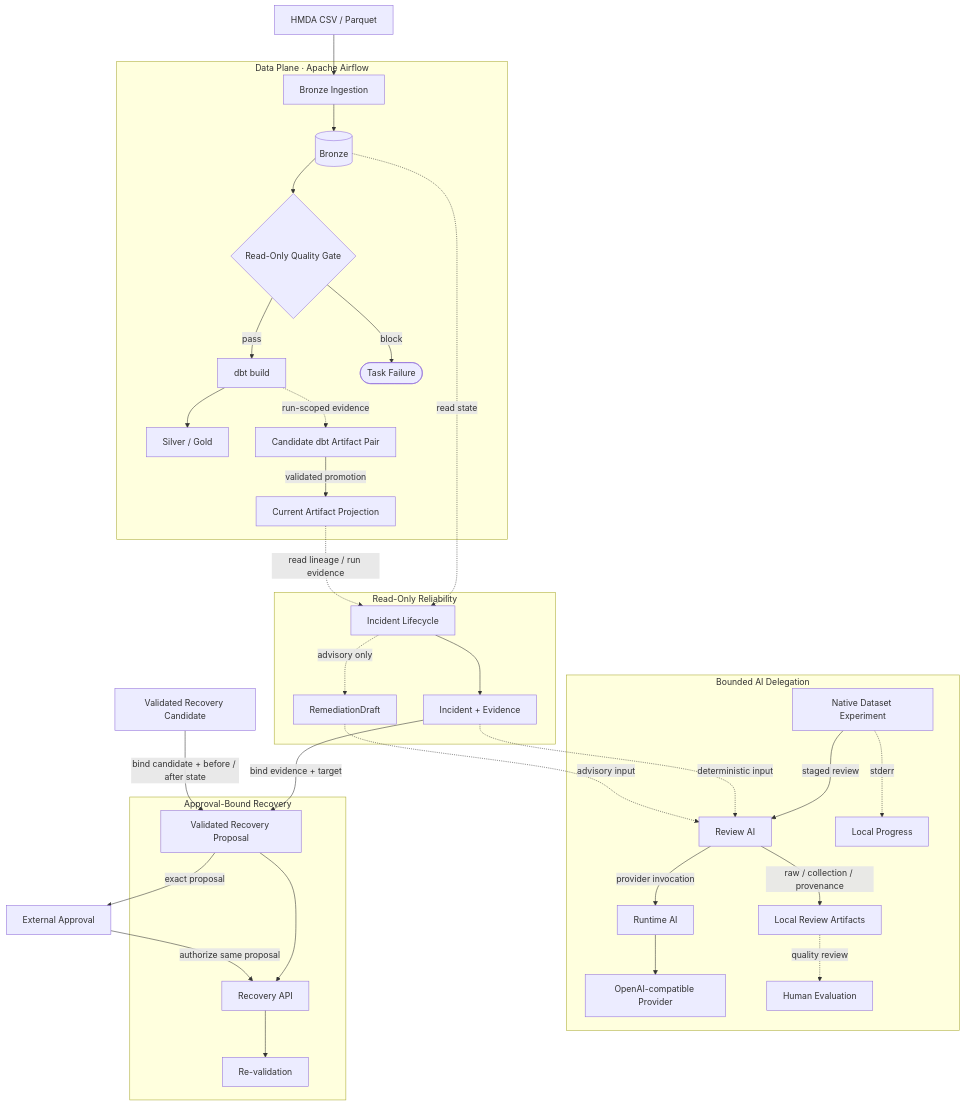
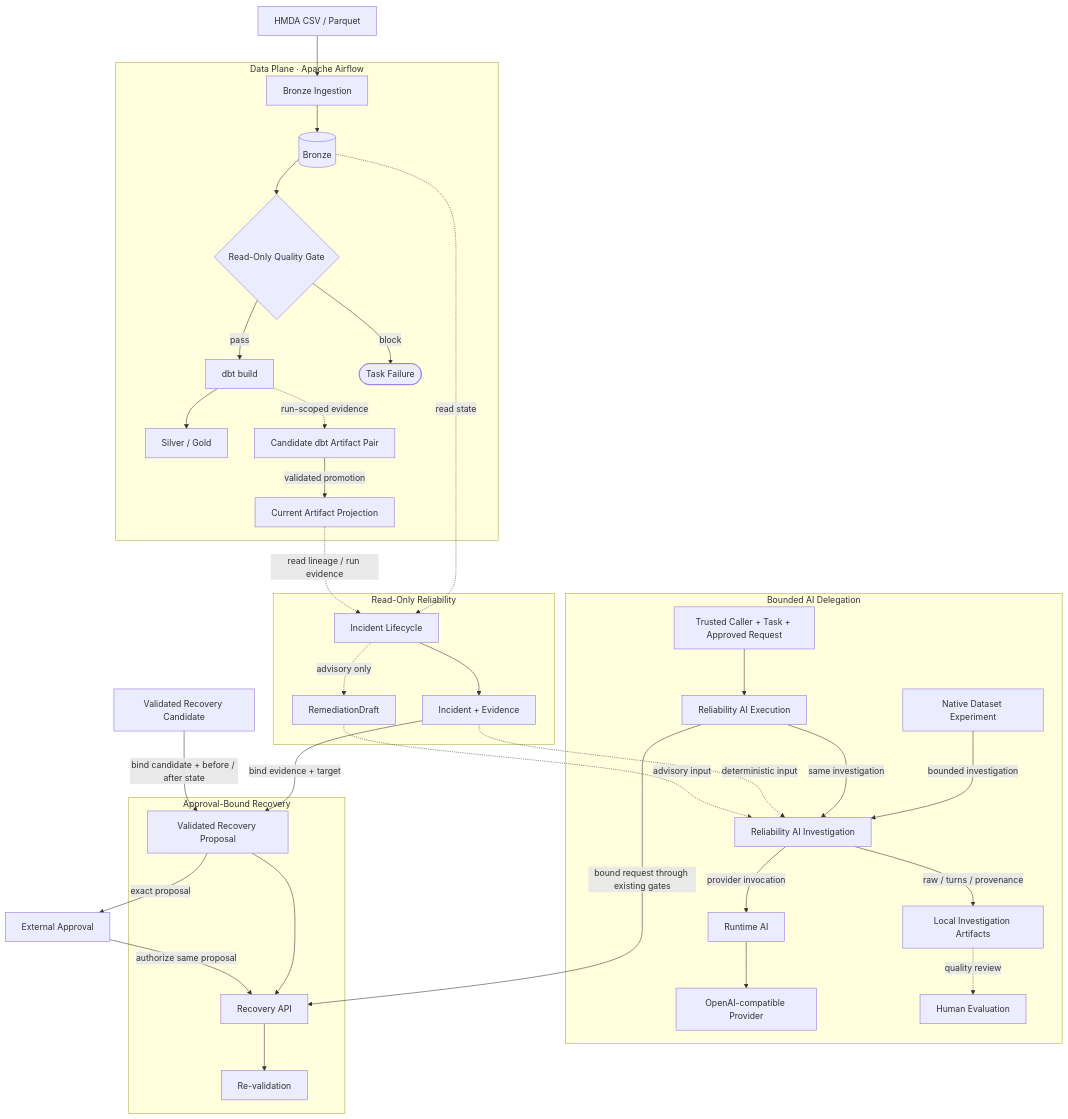
One commit to mols3131d/hmda-data-reliability changed the diagram in docs/ARCHITECTURE.md. Above: the diagram before and after it, drawn with Mermaid. The commit also changed other lines of this file and 45 other files, not shown here.

First line of the commit message:
feat(reliability): 제한된 조사·위임과 native 평가 연결

````diff
--- a/docs/ARCHITECTURE.md
+++ b/docs/ARCHITECTURE.md
@@ -26,41 +26,43 @@
 ```mermaid
 flowchart TB
     files["HMDA CSV / Parquet"]
 
     subgraph data_plane ["Data Plane · Apache Airflow"]
         ingest["Bronze Ingestion"] --> bronze[("Bronze")]
         bronze --> gate{"Read-Only Quality Gate"}
         gate -->|pass| dbt["dbt build"] --> analytics["Silver / Gold"]
         gate -->|block| failed(["Task Failure"])
         dbt -.->|run-scoped evidence| candidate_artifacts["Candidate dbt Artifact Pair"]
         candidate_artifacts -->|validated promotion| current_artifacts["Current Artifact Projection"]
     end
 
     subgraph analysis_plane ["Read-Only Reliability"]
         lifecycle["Incident Lifecycle"] --> incident["Incident + Evidence"]
         lifecycle -.->|advisory only| draft["RemediationDraft"]
     end
 
     subgraph ai_plane ["Bounded AI Delegation"]
-        live_harness["Native Dataset Experiment"] -->|staged review| review["Review AI"]
+        live_harness["Native Dataset Experiment"] -->|bounded investigation| review["Reliability AI Investigation"]
         review -->|provider invocation| runtime["Runtime AI"]
         runtime --> provider["OpenAI-compatible Provider"]
-        review -->|raw / collection / provenance| local_review["Local Review Artifacts"]
-        live_harness -.->|stderr| progress["Local Progress"]
+        review -->|raw / turns / provenance| local_review["Local Investigation Artifacts"]
         local_review -.->|quality review| human_review["Human Evaluation"]
+        delegated["Reliability AI Execution"] -->|same investigation| review
+        caller["Trusted Caller + Task + Approved Request"] --> delegated
     end
 
     subgraph recovery_plane ["Approval-Bound Recovery"]
         proposal["Validated Recovery Proposal"] --> recovery["Recovery API"] --> verify["Re-validation"]
     end
 
     files --> ingest
     bronze -.->|read state| lifecycle
     current_artifacts -.->|read lineage / run evidence| lifecycle
     incident -.->|deterministic input| review
     draft -.->|advisory input| review
     incident -->|bind evidence + target| proposal
     recovery_candidate["Validated Recovery Candidate"] -->|bind candidate + before / after state| proposal
     proposal -->|exact proposal| approval["External Approval"]
     approval -->|authorize same proposal| recovery
+    delegated -->|bound request through existing gates| recovery
 ```
````
